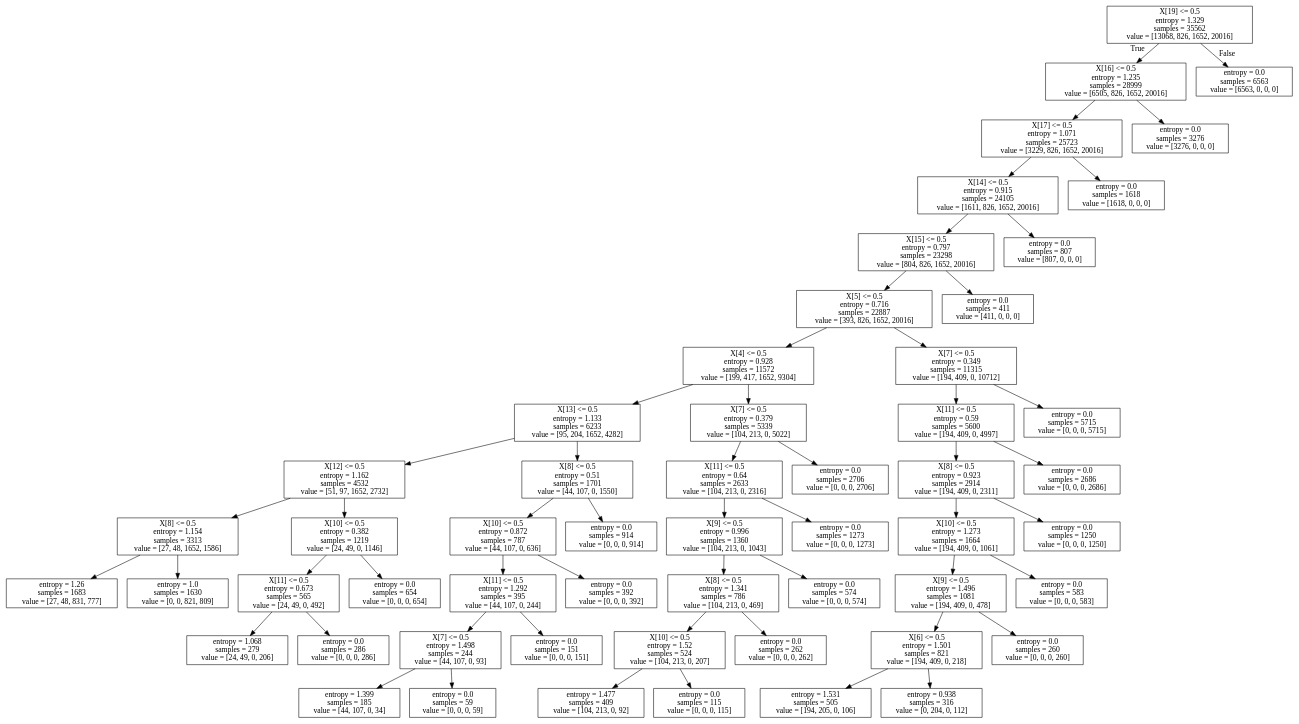
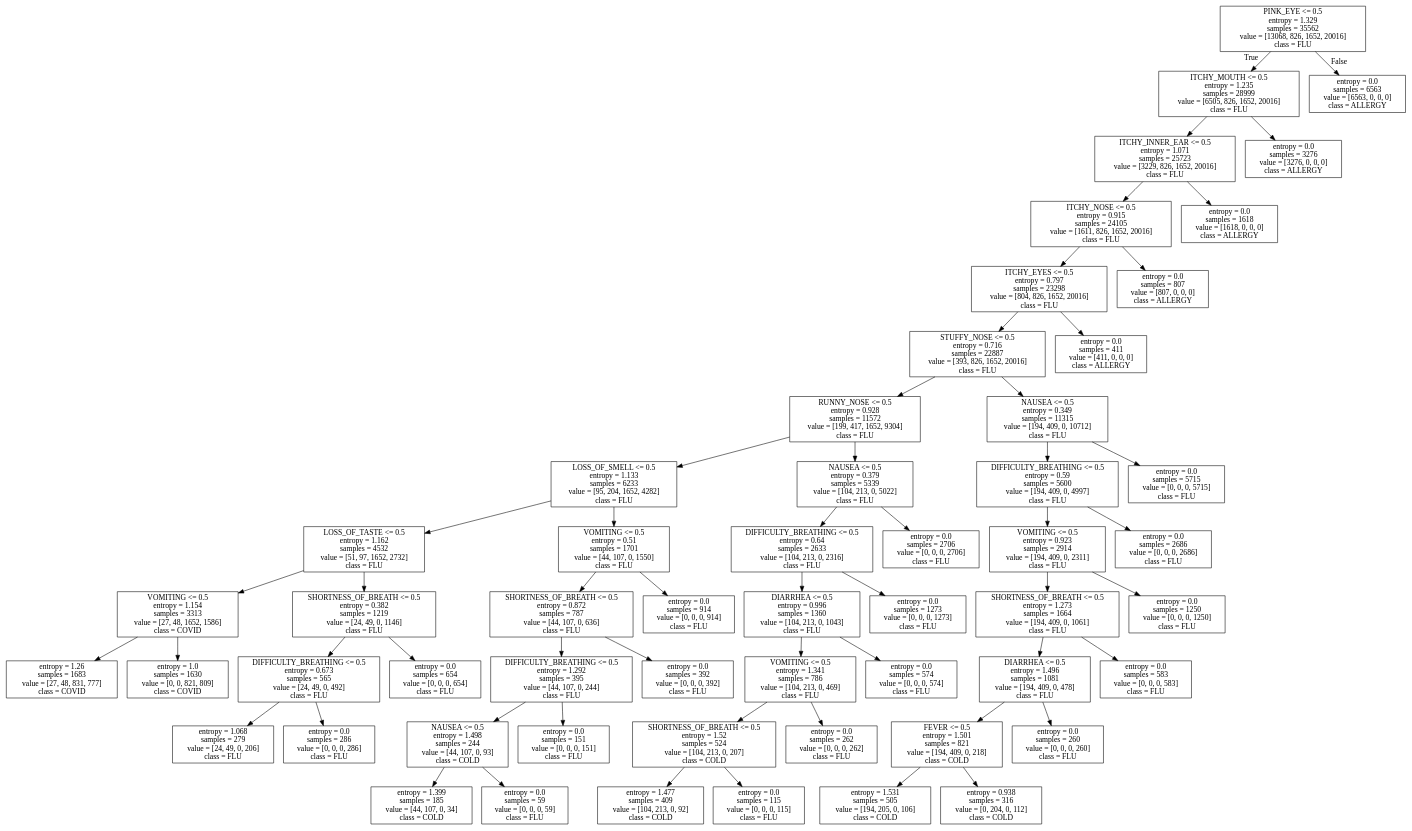
The diagram in new/misc/new_test_tree.dot (Azen0n/disease_classifier), drawn with Graphviz before and after one commit. The commit also changed 165 other files, not shown here.

```diff
--- a/new/misc/new_test_tree.dot
+++ b/new/misc/new_test_tree.dot
@@ -1,112 +1,112 @@
 digraph Tree {
 node [shape=box] ;
-0 [label="X[19] <= 0.5\nentropy = 1.329\nsamples = 35562\nvalue = [13068, 826, 1652, 20016]"] ;
-1 [label="X[16] <= 0.5\nentropy = 1.235\nsamples = 28999\nvalue = [6505, 826, 1652, 20016]"] ;
+0 [label="PINK_EYE <= 0.5\nentropy = 1.329\nsamples = 35562\nvalue = [13068, 826, 1652, 20016]\nclass = FLU"] ;
+1 [label="ITCHY_MOUTH <= 0.5\nentropy = 1.235\nsamples = 28999\nvalue = [6505, 826, 1652, 20016]\nclass = FLU"] ;
 0 -> 1 [labeldistance=2.5, labelangle=45, headlabel="True"] ;
-3 [label="X[17] <= 0.5\nentropy = 1.071\nsamples = 25723\nvalue = [3229, 826, 1652, 20016]"] ;
+3 [label="ITCHY_INNER_EAR <= 0.5\nentropy = 1.071\nsamples = 25723\nvalue = [3229, 826, 1652, 20016]\nclass = FLU"] ;
 1 -> 3 ;
-5 [label="X[14] <= 0.5\nentropy = 0.915\nsamples = 24105\nvalue = [1611, 826, 1652, 20016]"] ;
+5 [label="ITCHY_NOSE <= 0.5\nentropy = 0.915\nsamples = 24105\nvalue = [1611, 826, 1652, 20016]\nclass = FLU"] ;
 3 -> 5 ;
-7 [label="X[15] <= 0.5\nentropy = 0.797\nsamples = 23298\nvalue = [804, 826, 1652, 20016]"] ;
+7 [label="ITCHY_EYES <= 0.5\nentropy = 0.797\nsamples = 23298\nvalue = [804, 826, 1652, 20016]\nclass = FLU"] ;
 5 -> 7 ;
-9 [label="X[5] <= 0.5\nentropy = 0.716\nsamples = 22887\nvalue = [393, 826, 1652, 20016]"] ;
+9 [label="STUFFY_NOSE <= 0.5\nentropy = 0.716\nsamples = 22887\nvalue = [393, 826, 1652, 20016]\nclass = FLU"] ;
 7 -> 9 ;
-11 [label="X[4] <= 0.5\nentropy = 0.928\nsamples = 11572\nvalue = [199, 417, 1652, 9304]"] ;
+11 [label="RUNNY_NOSE <= 0.5\nentropy = 0.928\nsamples = 11572\nvalue = [199, 417, 1652, 9304]\nclass = FLU"] ;
 9 -> 11 ;
-13 [label="X[13] <= 0.5\nentropy = 1.133\nsamples = 6233\nvalue = [95, 204, 1652, 4282]"] ;
+13 [label="LOSS_OF_SMELL <= 0.5\nentropy = 1.133\nsamples = 6233\nvalue = [95, 204, 1652, 4282]\nclass = FLU"] ;
 11 -> 13 ;
-15 [label="X[12] <= 0.5\nentropy = 1.162\nsamples = 4532\nvalue = [51, 97, 1652, 2732]"] ;
+15 [label="LOSS_OF_TASTE <= 0.5\nentropy = 1.162\nsamples = 4532\nvalue = [51, 97, 1652, 2732]\nclass = FLU"] ;
 13 -> 15 ;
-17 [label="X[8] <= 0.5\nentropy = 1.154\nsamples = 3313\nvalue = [27, 48, 1652, 1586]"] ;
+17 [label="VOMITING <= 0.5\nentropy = 1.154\nsamples = 3313\nvalue = [27, 48, 1652, 1586]\nclass = COVID"] ;
 15 -> 17 ;
-53 [label="entropy = 1.26\nsamples = 1683\nvalue = [27, 48, 831, 777]"] ;
+53 [label="entropy = 1.26\nsamples = 1683\nvalue = [27, 48, 831, 777]\nclass = COVID"] ;
 17 -> 53 ;
-54 [label="entropy = 1.0\nsamples = 1630\nvalue = [0, 0, 821, 809]"] ;
+54 [label="entropy = 1.0\nsamples = 1630\nvalue = [0, 0, 821, 809]\nclass = COVID"] ;
 17 -> 54 ;
-18 [label="X[10] <= 0.5\nentropy = 0.382\nsamples = 1219\nvalue = [24, 49, 0, 1146]"] ;
+18 [label="SHORTNESS_OF_BREATH <= 0.5\nentropy = 0.382\nsamples = 1219\nvalue = [24, 49, 0, 1146]\nclass = FLU"] ;
 15 -> 18 ;
-49 [label="X[11] <= 0.5\nentropy = 0.673\nsamples = 565\nvalue = [24, 49, 0, 492]"] ;
+49 [label="DIFFICULTY_BREATHING <= 0.5\nentropy = 0.673\nsamples = 565\nvalue = [24, 49, 0, 492]\nclass = FLU"] ;
 18 -> 49 ;
-51 [label="entropy = 1.068\nsamples = 279\nvalue = [24, 49, 0, 206]"] ;
+51 [label="entropy = 1.068\nsamples = 279\nvalue = [24, 49, 0, 206]\nclass = FLU"] ;
 49 -> 51 ;
-52 [label="entropy = 0.0\nsamples = 286\nvalue = [0, 0, 0, 286]"] ;
+52 [label="entropy = 0.0\nsamples = 286\nvalue = [0, 0, 0, 286]\nclass = FLU"] ;
 49 -> 52 ;
-50 [label="entropy = 0.0\nsamples = 654\nvalue = [0, 0, 0, 654]"] ;
+50 [label="entropy = 0.0\nsamples = 654\nvalue = [0, 0, 0, 654]\nclass = FLU"] ;
 18 -> 50 ;
-16 [label="X[8] <= 0.5\nentropy = 0.51\nsamples = 1701\nvalue = [44, 107, 0, 1550]"] ;
+16 [label="VOMITING <= 0.5\nentropy = 0.51\nsamples = 1701\nvalue = [44, 107, 0, 1550]\nclass = FLU"] ;
 13 -> 16 ;
-39 [label="X[10] <= 0.5\nentropy = 0.872\nsamples = 787\nvalue = [44, 107, 0, 636]"] ;
+39 [label="SHORTNESS_OF_BREATH <= 0.5\nentropy = 0.872\nsamples = 787\nvalue = [44, 107, 0, 636]\nclass = FLU"] ;
 16 -> 39 ;
-41 [label="X[11] <= 0.5\nentropy = 1.292\nsamples = 395\nvalue = [44, 107, 0, 244]"] ;
+41 [label="DIFFICULTY_BREATHING <= 0.5\nentropy = 1.292\nsamples = 395\nvalue = [44, 107, 0, 244]\nclass = FLU"] ;
 39 -> 41 ;
-45 [label="X[7] <= 0.5\nentropy = 1.498\nsamples = 244\nvalue = [44, 107, 0, 93]"] ;
+45 [label="NAUSEA <= 0.5\nentropy = 1.498\nsamples = 244\nvalue = [44, 107, 0, 93]\nclass = COLD"] ;
 41 -> 45 ;
-47 [label="entropy = 1.399\nsamples = 185\nvalue = [44, 107, 0, 34]"] ;
+47 [label="entropy = 1.399\nsamples = 185\nvalue = [44, 107, 0, 34]\nclass = COLD"] ;
 45 -> 47 ;
-48 [label="entropy = 0.0\nsamples = 59\nvalue = [0, 0, 0, 59]"] ;
+48 [label="entropy = 0.0\nsamples = 59\nvalue = [0, 0, 0, 59]\nclass = FLU"] ;
 45 -> 48 ;
-46 [label="entropy = 0.0\nsamples = 151\nvalue = [0, 0, 0, 151]"] ;
+46 [label="entropy = 0.0\nsamples = 151\nvalue = [0, 0, 0, 151]\nclass = FLU"] ;
 41 -> 46 ;
-42 [label="entropy = 0.0\nsamples = 392\nvalue = [0, 0, 0, 392]"] ;
+42 [label="entropy = 0.0\nsamples = 392\nvalue = [0, 0, 0, 392]\nclass = FLU"] ;
 39 -> 42 ;
-40 [label="entropy = 0.0\nsamples = 914\nvalue = [0, 0, 0, 914]"] ;
+40 [label="entropy = 0.0\nsamples = 914\nvalue = [0, 0, 0, 914]\nclass = FLU"] ;
 16 -> 40 ;
-14 [label="X[7] <= 0.5\nentropy = 0.379\nsamples = 5339\nvalue = [104, 213, 0, 5022]"] ;
+14 [label="NAUSEA <= 0.5\nentropy = 0.379\nsamples = 5339\nvalue = [104, 213, 0, 5022]\nclass = FLU"] ;
 11 -> 14 ;
-29 [label="X[11] <= 0.5\nentropy = 0.64\nsamples = 2633\nvalue = [104, 213, 0, 2316]"] ;
+29 [label="DIFFICULTY_BREATHING <= 0.5\nentropy = 0.64\nsamples = 2633\nvalue = [104, 213, 0, 2316]\nclass = FLU"] ;
 14 -> 29 ;
-31 [label="X[9] <= 0.5\nentropy = 0.996\nsamples = 1360\nvalue = [104, 213, 0, 1043]"] ;
+31 [label="DIARRHEA <= 0.5\nentropy = 0.996\nsamples = 1360\nvalue = [104, 213, 0, 1043]\nclass = FLU"] ;
 29 -> 31 ;
-33 [label="X[8] <= 0.5\nentropy = 1.341\nsamples = 786\nvalue = [104, 213, 0, 469]"] ;
+33 [label="VOMITING <= 0.5\nentropy = 1.341\nsamples = 786\nvalue = [104, 213, 0, 469]\nclass = FLU"] ;
 31 -> 33 ;
-35 [label="X[10] <= 0.5\nentropy = 1.52\nsamples = 524\nvalue = [104, 213, 0, 207]"] ;
+35 [label="SHORTNESS_OF_BREATH <= 0.5\nentropy = 1.52\nsamples = 524\nvalue = [104, 213, 0, 207]\nclass = COLD"] ;
 33 -> 35 ;
-37 [label="entropy = 1.477\nsamples = 409\nvalue = [104, 213, 0, 92]"] ;
+37 [label="entropy = 1.477\nsamples = 409\nvalue = [104, 213, 0, 92]\nclass = COLD"] ;
 35 -> 37 ;
-38 [label="entropy = 0.0\nsamples = 115\nvalue = [0, 0, 0, 115]"] ;
+38 [label="entropy = 0.0\nsamples = 115\nvalue = [0, 0, 0, 115]\nclass = FLU"] ;
 35 -> 38 ;
-36 [label="entropy = 0.0\nsamples = 262\nvalue = [0, 0, 0, 262]"] ;
+36 [label="entropy = 0.0\nsamples = 262\nvalue = [0, 0, 0, 262]\nclass = FLU"] ;
 33 -> 36 ;
-34 [label="entropy = 0.0\nsamples = 574\nvalue = [0, 0, 0, 574]"] ;
+34 [label="entropy = 0.0\nsamples = 574\nvalue = [0, 0, 0, 574]\nclass = FLU"] ;
 31 -> 34 ;
-32 [label="entropy = 0.0\nsamples = 1273\nvalue = [0, 0, 0, 1273]"] ;
+32 [label="entropy = 0.0\nsamples = 1273\nvalue = [0, 0, 0, 1273]\nclass = FLU"] ;
 29 -> 32 ;
-30 [label="entropy = 0.0\nsamples = 2706\nvalue = [0, 0, 0, 2706]"] ;
+30 [label="entropy = 0.0\nsamples = 2706\nvalue = [0, 0, 0, 2706]\nclass = FLU"] ;
 14 -> 30 ;
-12 [label="X[7] <= 0.5\nentropy = 0.349\nsamples = 11315\nvalue = [194, 409, 0, 10712]"] ;
+12 [label="NAUSEA <= 0.5\nentropy = 0.349\nsamples = 11315\nvalue = [194, 409, 0, 10712]\nclass = FLU"] ;
 9 -> 12 ;
-19 [label="X[11] <= 0.5\nentropy = 0.59\nsamples = 5600\nvalue = [194, 409, 0, 4997]"] ;
+19 [label="DIFFICULTY_BREATHING <= 0.5\nentropy = 0.59\nsamples = 5600\nvalue = [194, 409, 0, 4997]\nclass = FLU"] ;
 12 -> 19 ;
-21 [label="X[8] <= 0.5\nentropy = 0.923\nsamples = 2914\nvalue = [194, 409, 0, 2311]"] ;
+21 [label="VOMITING <= 0.5\nentropy = 0.923\nsamples = 2914\nvalue = [194, 409, 0, 2311]\nclass = FLU"] ;
 19 -> 21 ;
-23 [label="X[10] <= 0.5\nentropy = 1.273\nsamples = 1664\nvalue = [194, 409, 0, 1061]"] ;
+23 [label="SHORTNESS_OF_BREATH <= 0.5\nentropy = 1.273\nsamples = 1664\nvalue = [194, 409, 0, 1061]\nclass = FLU"] ;
 21 -> 23 ;
-25 [label="X[9] <= 0.5\nentropy = 1.496\nsamples = 1081\nvalue = [194, 409, 0, 478]"] ;
+25 [label="DIARRHEA <= 0.5\nentropy = 1.496\nsamples = 1081\nvalue = [194, 409, 0, 478]\nclass = FLU"] ;
 23 -> 25 ;
-27 [label="X[6] <= 0.5\nentropy = 1.501\nsamples = 821\nvalue = [194, 409, 0, 218]"] ;
+27 [label="FEVER <= 0.5\nentropy = 1.501\nsamples = 821\nvalue = [194, 409, 0, 218]\nclass = COLD"] ;
 25 -> 27 ;
-43 [label="entropy = 1.531\nsamples = 505\nvalue = [194, 205, 0, 106]"] ;
+43 [label="entropy = 1.531\nsamples = 505\nvalue = [194, 205, 0, 106]\nclass = COLD"] ;
 27 -> 43 ;
-44 [label="entropy = 0.938\nsamples = 316\nvalue = [0, 204, 0, 112]"] ;
+44 [label="entropy = 0.938\nsamples = 316\nvalue = [0, 204, 0, 112]\nclass = COLD"] ;
 27 -> 44 ;
-28 [label="entropy = 0.0\nsamples = 260\nvalue = [0, 0, 0, 260]"] ;
+28 [label="entropy = 0.0\nsamples = 260\nvalue = [0, 0, 0, 260]\nclass = FLU"] ;
 25 -> 28 ;
-26 [label="entropy = 0.0\nsamples = 583\nvalue = [0, 0, 0, 583]"] ;
+26 [label="entropy = 0.0\nsamples = 583\nvalue = [0, 0, 0, 583]\nclass = FLU"] ;
 23 -> 26 ;
-24 [label="entropy = 0.0\nsamples = 1250\nvalue = [0, 0, 0, 1250]"] ;
+24 [label="entropy = 0.0\nsamples = 1250\nvalue = [0, 0, 0, 1250]\nclass = FLU"] ;
 21 -> 24 ;
-22 [label="entropy = 0.0\nsamples = 2686\nvalue = [0, 0, 0, 2686]"] ;
+22 [label="entropy = 0.0\nsamples = 2686\nvalue = [0, 0, 0, 2686]\nclass = FLU"] ;
 19 -> 22 ;
-20 [label="entropy = 0.0\nsamples = 5715\nvalue = [0, 0, 0, 5715]"] ;
+20 [label="entropy = 0.0\nsamples = 5715\nvalue = [0, 0, 0, 5715]\nclass = FLU"] ;
 12 -> 20 ;
-10 [label="entropy = 0.0\nsamples = 411\nvalue = [411, 0, 0, 0]"] ;
+10 [label="entropy = 0.0\nsamples = 411\nvalue = [411, 0, 0, 0]\nclass = ALLERGY"] ;
 7 -> 10 ;
-8 [label="entropy = 0.0\nsamples = 807\nvalue = [807, 0, 0, 0]"] ;
+8 [label="entropy = 0.0\nsamples = 807\nvalue = [807, 0, 0, 0]\nclass = ALLERGY"] ;
 5 -> 8 ;
-6 [label="entropy = 0.0\nsamples = 1618\nvalue = [1618, 0, 0, 0]"] ;
+6 [label="entropy = 0.0\nsamples = 1618\nvalue = [1618, 0, 0, 0]\nclass = ALLERGY"] ;
 3 -> 6 ;
-4 [label="entropy = 0.0\nsamples = 3276\nvalue = [3276, 0, 0, 0]"] ;
+4 [label="entropy = 0.0\nsamples = 3276\nvalue = [3276, 0, 0, 0]\nclass = ALLERGY"] ;
 1 -> 4 ;
-2 [label="entropy = 0.0\nsamples = 6563\nvalue = [6563, 0, 0, 0]"] ;
+2 [label="entropy = 0.0\nsamples = 6563\nvalue = [6563, 0, 0, 0]\nclass = ALLERGY"] ;
 0 -> 2 [labeldistance=2.5, labelangle=-45, headlabel="False"] ;
 }
```
